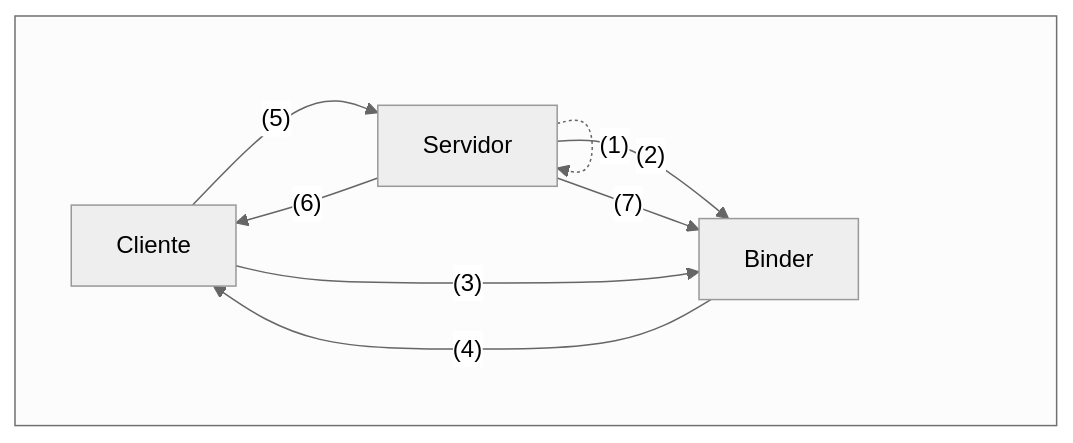
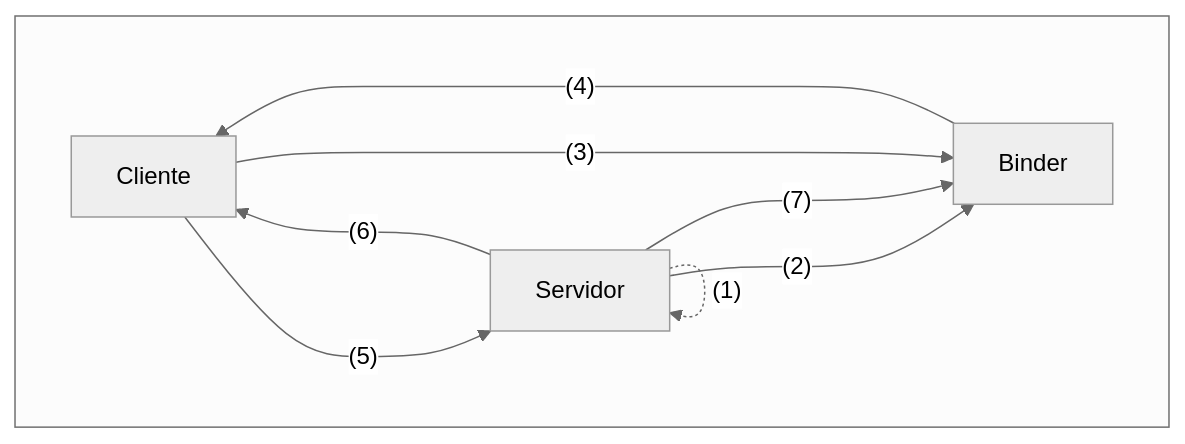
Before and after one commit to acaldero/uc3m_sd: the second of 2 diagrams in transparencias/ssdd_rpc.md, drawn with Mermaid (neutral theme).

````diff
--- a/transparencias/ssdd_rpc.md
+++ b/transparencias/ssdd_rpc.md
@@ -330,15 +330,15 @@
      ```mermaid
-   flowchart TD
+   flowchart 
        subgraph id1 [ ]
        A["Cliente"]
        B["Servidor"]
        C["Binder"]
        end
+       B --->|"(2)"| C
+       B --->|"(7)"| C
+       A --->|"(3)"| C
+       C --->|"(4)"| A
+       A --->|"(5)"| B
+       B --->|"(6)"| A
        B -.->|"(1)"| B
-       B -->|"(2)"| C
-       B -->|"(7)"| C
-       A -->|"(3)"| C
-       C -->|"(4)"| A
-       A -->|"(5)"| B
-       B -->|"(6)"| A
      ```
````
